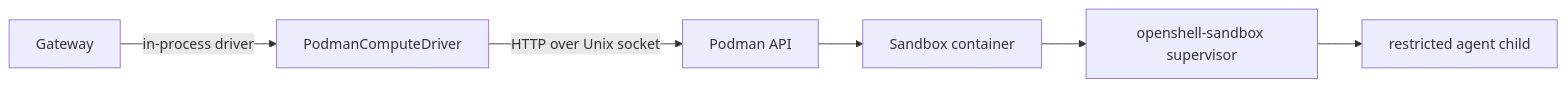
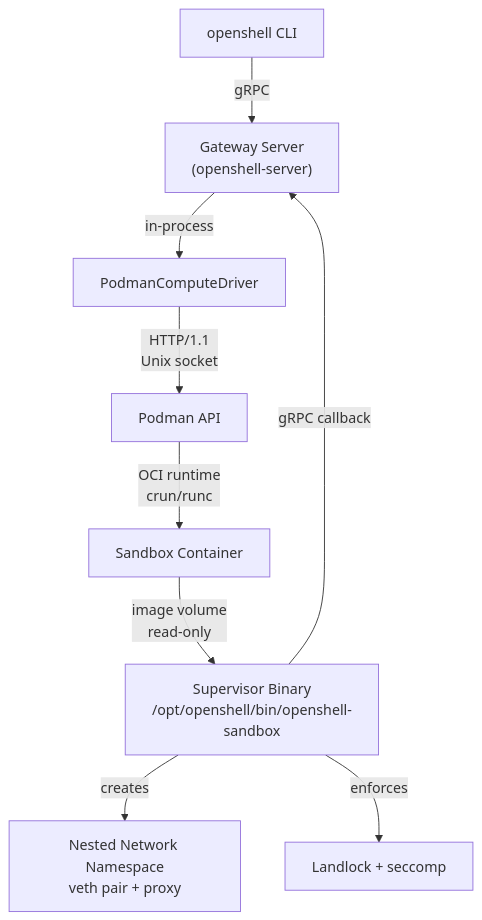
One commit to st-gr/OpenShell changed the first of 4 diagrams in crates/openshell-driver-podman/README.md. Above: the diagram before and after it, drawn with Mermaid. The commit also changed other lines of this file and 2 other files, not shown here.

Commit message:
docs(podman): restore driver architecture details (#1244)

````diff
--- a/crates/openshell-driver-podman/README.md
+++ b/crates/openshell-driver-podman/README.md
@@ -13,8 +18,11 @@
 ```mermaid
-flowchart LR
-    GW["Gateway"] -->|"in-process driver"| D["PodmanComputeDriver"]
-    D -->|"HTTP over Unix socket"| P["Podman API"]
-    P --> C["Sandbox container"]
-    C --> S["openshell-sandbox supervisor"]
-    S --> A["restricted agent child"]
+graph TB
+    CLI["openshell CLI"] -->|gRPC| GW["Gateway Server<br/>(openshell-server)"]
+    GW -->|in-process| PD["PodmanComputeDriver"]
+    PD -->|HTTP/1.1<br/>Unix socket| PA["Podman API"]
+    PA -->|OCI runtime<br/>crun/runc| C["Sandbox Container"]
+    C -->|image volume<br/>read-only| SV["Supervisor Binary<br/>/opt/openshell/bin/openshell-sandbox"]
+    SV -->|creates| NS["Nested Network Namespace<br/>veth pair + proxy"]
+    SV -->|enforces| LL["Landlock + seccomp"]
+    SV -->|gRPC callback| GW
 ```
````
